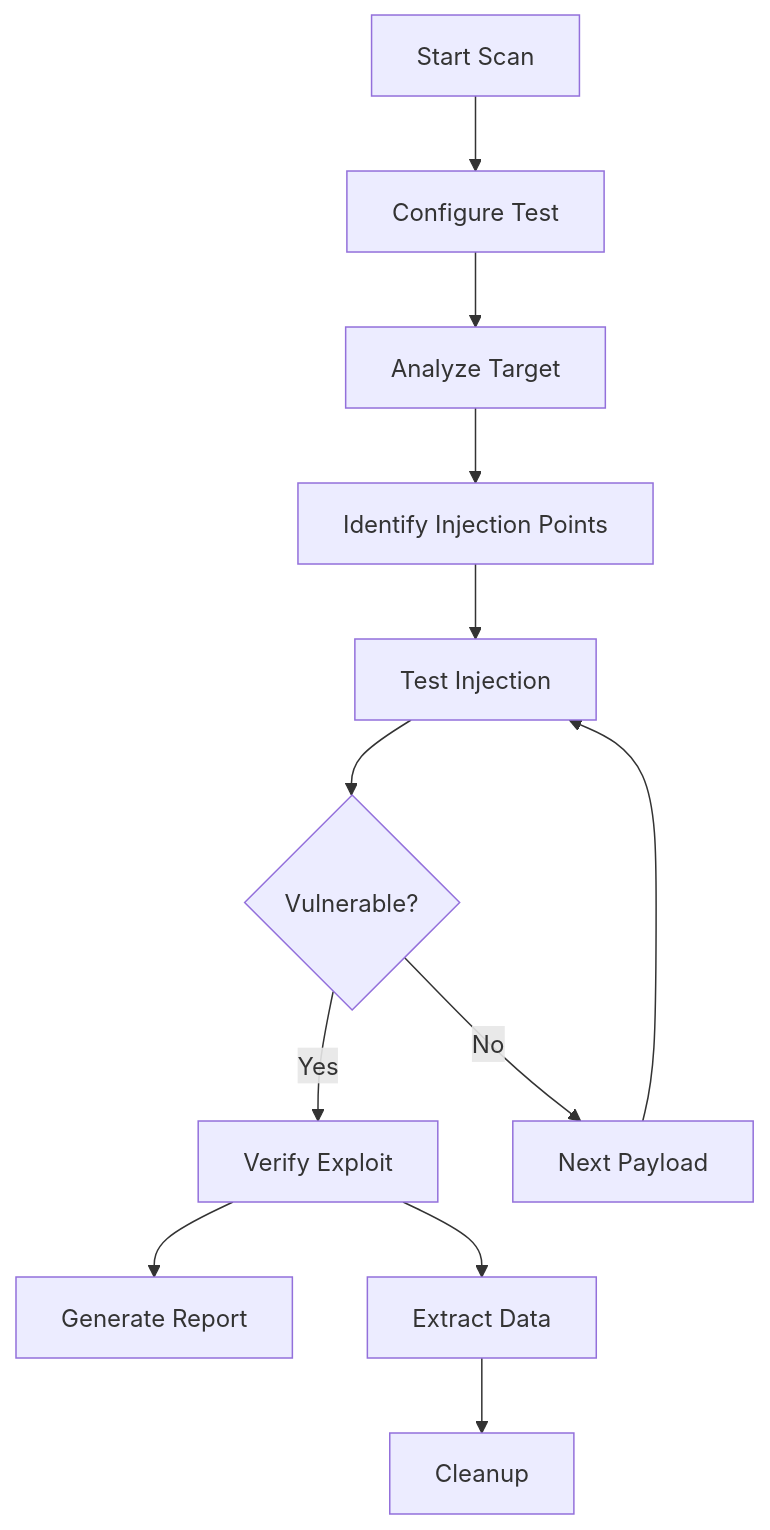
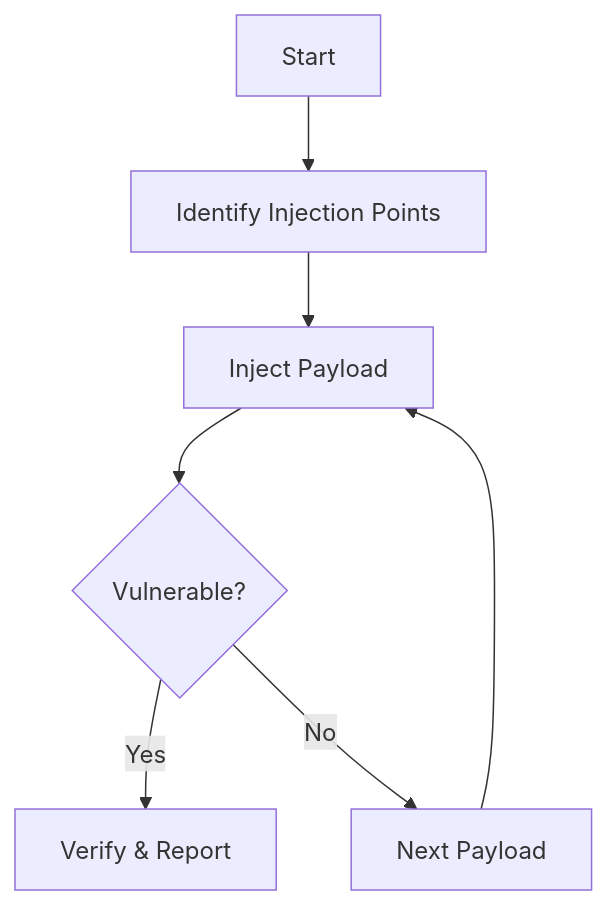
Diagram 16 of 20 in docs/PLAYBOOK.md (Montimage/mmt-attacker), drawn with Mermaid before and after one commit. The commit also changed other lines of this file and 6 other files, not shown here.

````diff
--- a/docs/PLAYBOOK.md
+++ b/docs/PLAYBOOK.md
@@ -825,14 +688,9 @@
 ```mermaid
 graph TB
-    Start[Start Scan] --> Config[Configure Test]
-    Config --> Analyze[Analyze Target]
-    Analyze --> Points[Identify Injection Points]
-    Points --> Test[Test Injection]
+    Start --> Points[Identify Injection Points]
+    Points --> Test[Inject Payload]
     Test --> Detect{Vulnerable?}
-    Detect -->|Yes| Verify[Verify Exploit]
+    Detect -->|Yes| Verify[Verify & Report]
     Detect -->|No| Next[Next Payload]
     Next --> Test
-    Verify --> Report[Generate Report]
-    Verify --> Extract[Extract Data]
-    Extract --> Cleanup[Cleanup]
 ```
````
